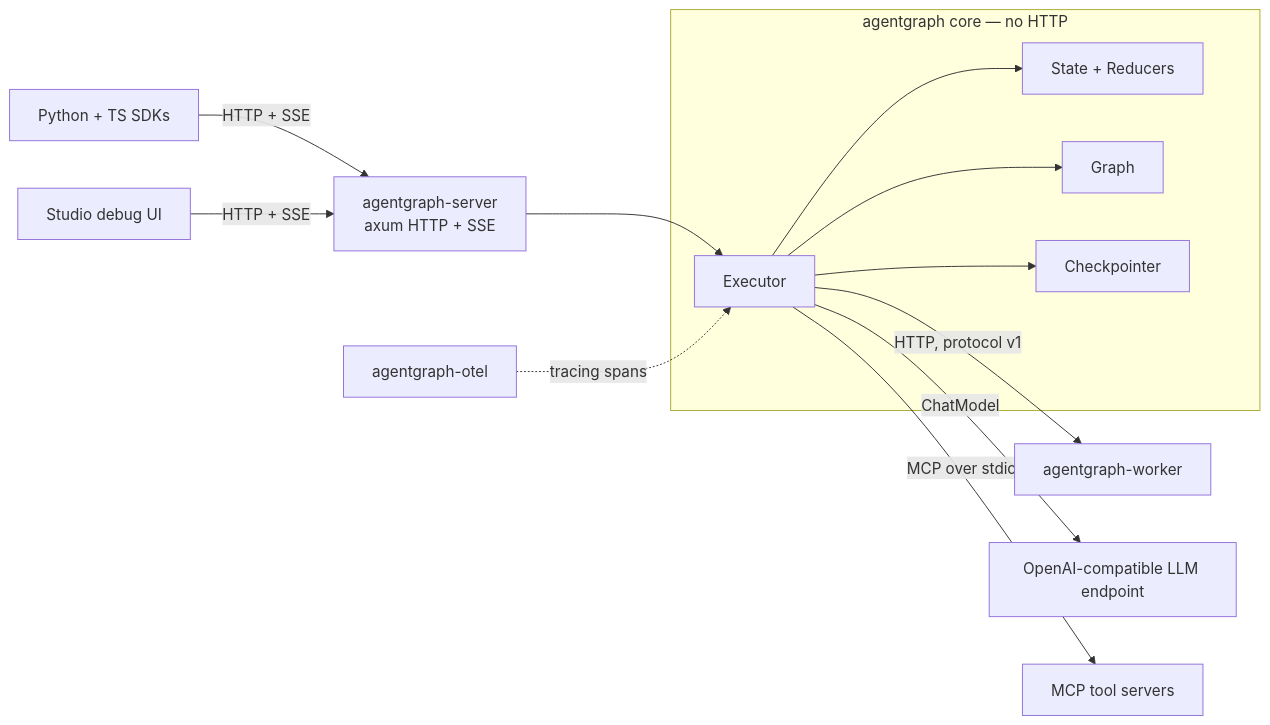
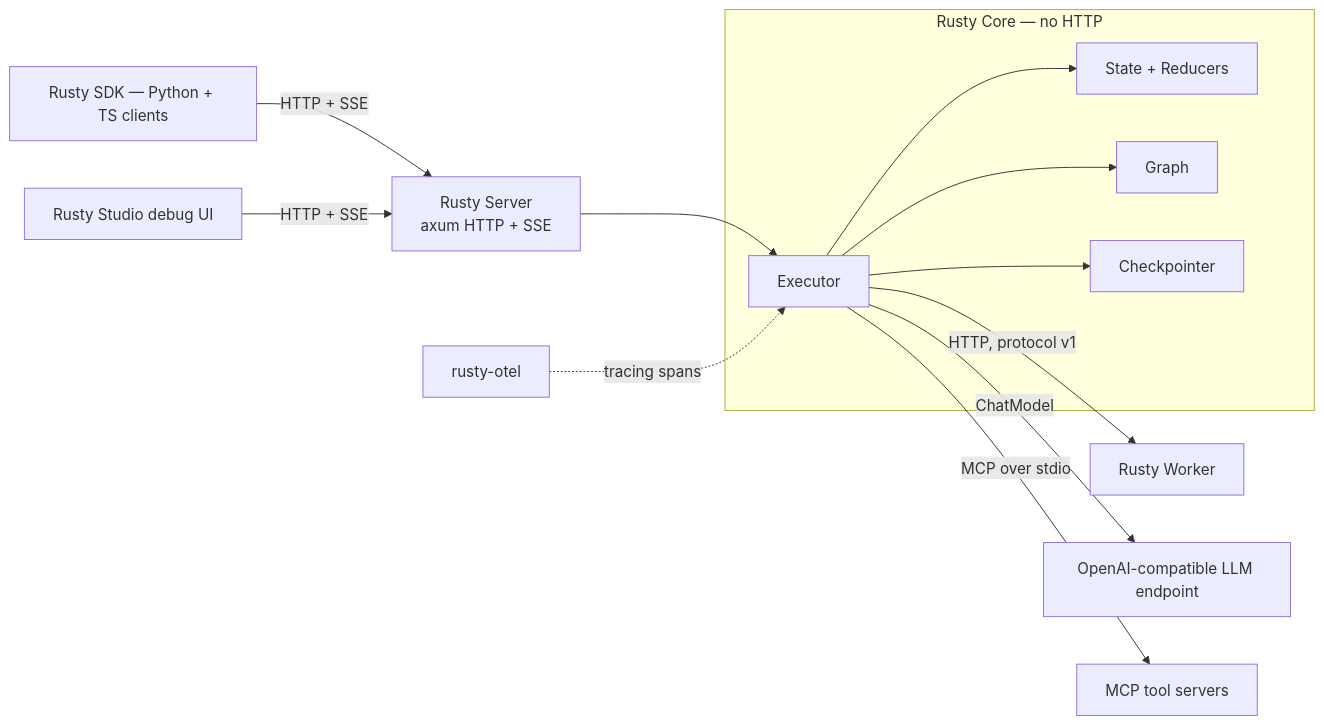
The first of 8 diagrams in README.md (dev-amjad-shaikh/agentgraph), drawn with Mermaid before and after one commit. The commit also changed other lines of this file and 152 other files, not shown here.

````diff
--- a/README.md
+++ b/README.md
@@ -18,15 +20,15 @@
 ```mermaid
 flowchart LR
-    subgraph core["agentgraph core — no HTTP"]
+    subgraph core["Rusty Core — no HTTP"]
         E["Executor"] --> S["State + Reducers"]
         E --> G["Graph"]
         E --> C["Checkpointer"]
     end
-    SRV["agentgraph-server<br>axum HTTP + SSE"] --> E
-    E -->|"HTTP, protocol v1"| WRK["agentgraph-worker"]
-    OTL["agentgraph-otel"] -.->|"tracing spans"| E
-    SDK["Python + TS SDKs"] -->|"HTTP + SSE"| SRV
-    STU["Studio debug UI"] -->|"HTTP + SSE"| SRV
+    SRV["Rusty Server<br>axum HTTP + SSE"] --> E
+    E -->|"HTTP, protocol v1"| WRK["Rusty Worker"]
+    OTL["rusty-otel"] -.->|"tracing spans"| E
+    SDK["Rusty SDK — Python + TS clients"] -->|"HTTP + SSE"| SRV
+    STU["Rusty Studio debug UI"] -->|"HTTP + SSE"| SRV
     E -->|"ChatModel"| LLM["OpenAI-compatible LLM endpoint"]
     E -->|"MCP over stdio"| MCP["MCP tool servers"]
 ```
````
